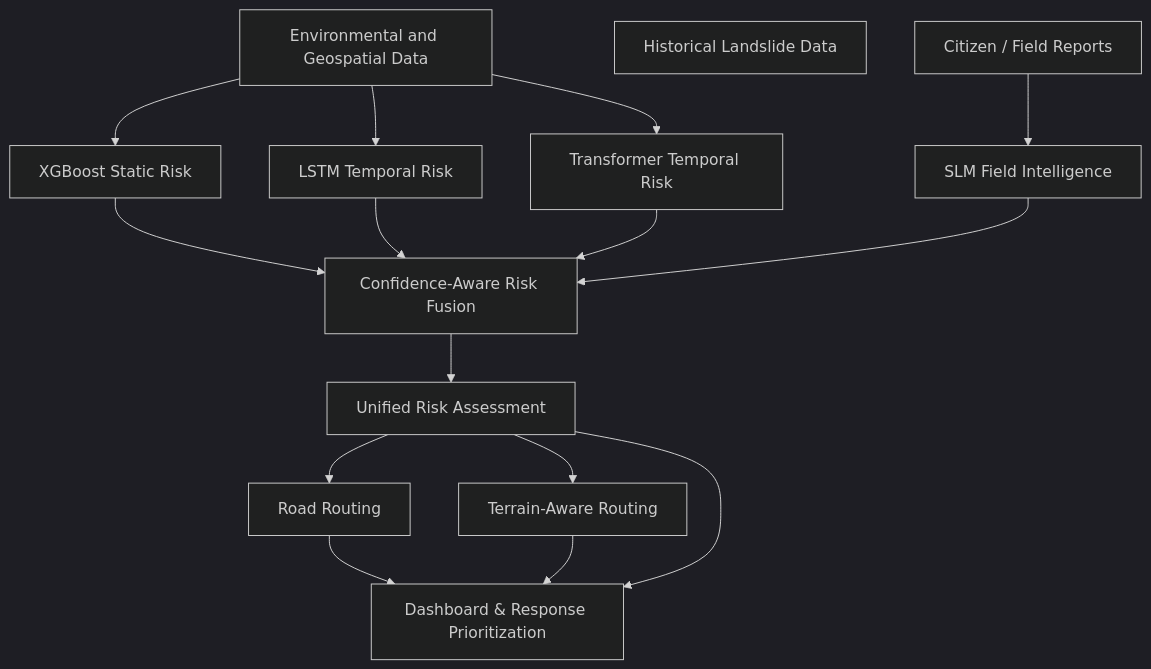
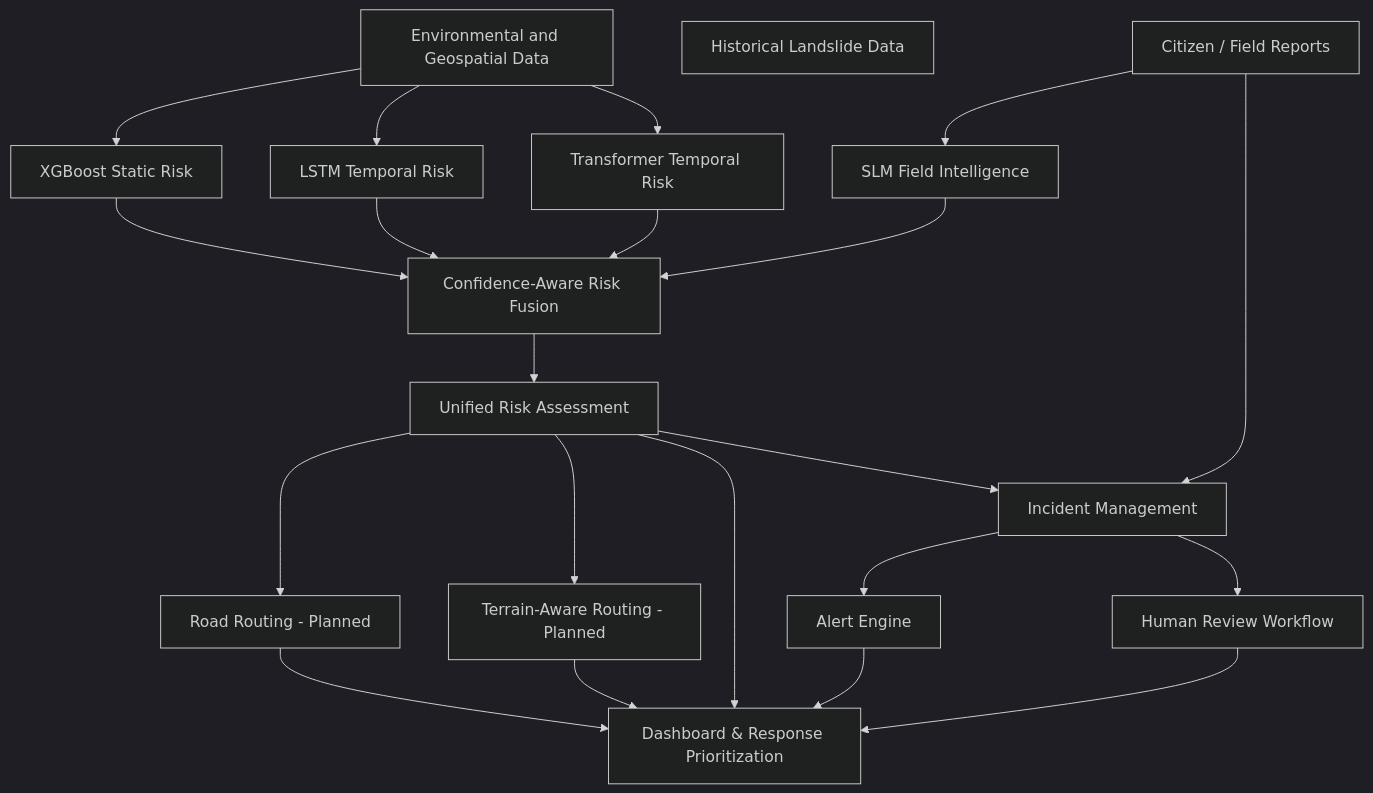
One commit to hitanshinahar/georesilience changed the diagram in docs/ARCHITECTURE.md. Above: the diagram before and after it, drawn with Mermaid (dark theme). The commit also changed other lines of this file and 57 other files, not shown here.

````diff
--- a/docs/ARCHITECTURE.md
+++ b/docs/ARCHITECTURE.md
@@ -7,30 +7,38 @@
 ```mermaid
 flowchart TD
     %% Data Sources
     ENV[Environmental and Geospatial Data]
     HIST[Historical Landslide Data]
     FIELD[Citizen / Field Reports]
 
     %% Machine Learning
     ENV --> XGB[XGBoost Static Risk]
     ENV --> LSTM[LSTM Temporal Risk]
     ENV --> TRANS[Transformer Temporal Risk]
     FIELD --> SLM[SLM Field Intelligence]
 
     %% Fusion Engine
     XGB --> FUSION[Confidence-Aware Risk Fusion]
     LSTM --> FUSION
     TRANS --> FUSION
     SLM --> FUSION
 
     %% Intelligence & Routing
     FUSION --> INTEL[Unified Risk Assessment]
     
-    INTEL --> ROAD[Road Routing]
-    INTEL --> TERR[Terrain-Aware Routing]
+    INTEL --> ROAD[Road Routing - Planned]
+    INTEL --> TERR[Terrain-Aware Routing - Planned]
+
+    %% Phase 7 Operational Workflow
+    INTEL --> INC[Incident Management]
+    FIELD --> INC
+    INC --> ALR[Alert Engine]
+    INC --> REV[Human Review Workflow]
 
     %% Presentation Layer
     ROAD --> DASH[Dashboard & Response Prioritization]
     TERR --> DASH
     INTEL --> DASH
+    ALR --> DASH
+    REV --> DASH
 ```
````
